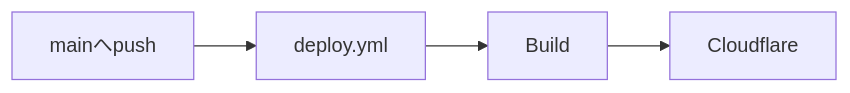
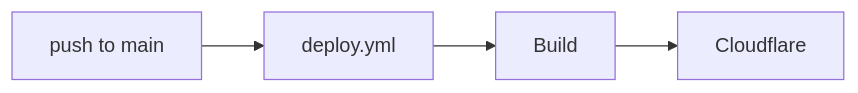
Before and after one commit to Rerurate514/riebeckite: the third of 11 diagrams in docs/docs/guides/deployment/github-actions.md, drawn with Mermaid. The commit also changed other lines of this file and 604 other files, not shown here.

````diff
--- a/docs/docs/guides/deployment/github-actions.md
+++ b/docs/docs/guides/deployment/github-actions.md
@@ -245,11 +233,11 @@
-```mermaid id="j89zya"
+```mermaid
 flowchart LR
-    Push["mainへpush"]
+    Push["push to main"]
     Workflow["deploy.yml"]
     Build["Build"]
     Deploy["Cloudflare"]
 
     Push --> Workflow
     Workflow --> Build
     Build --> Deploy
 ```
````
